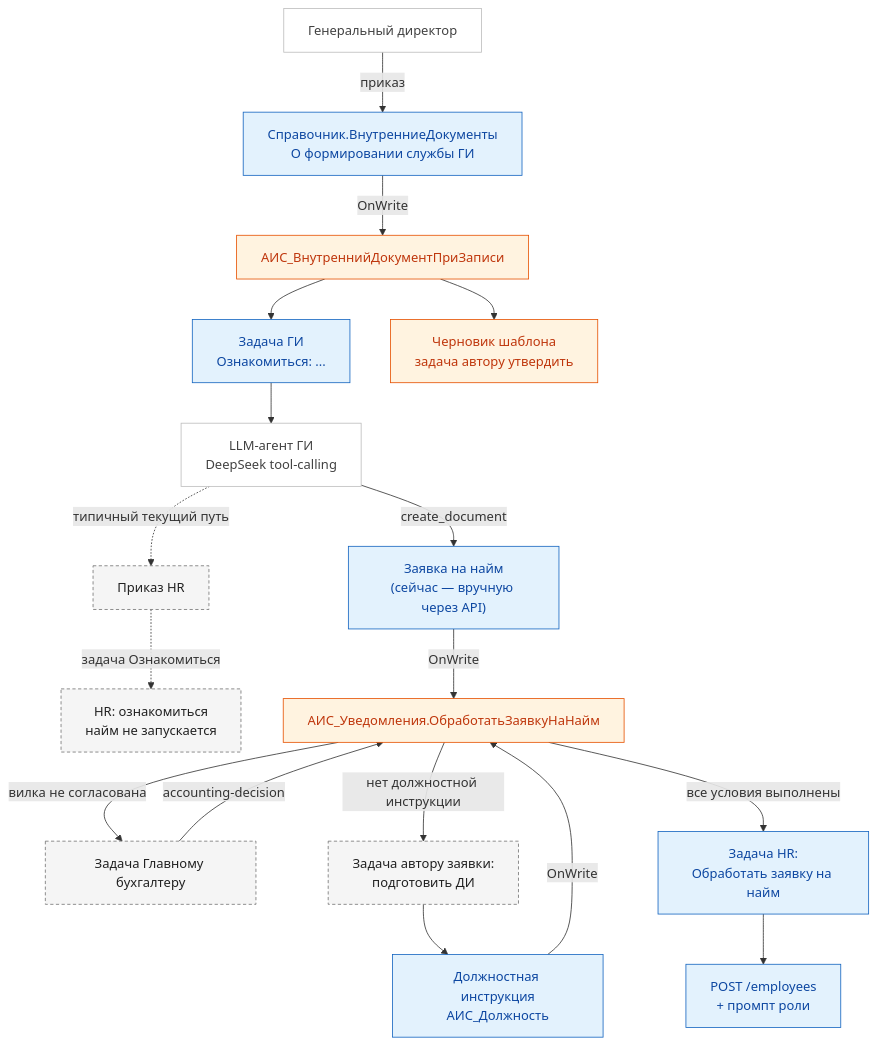
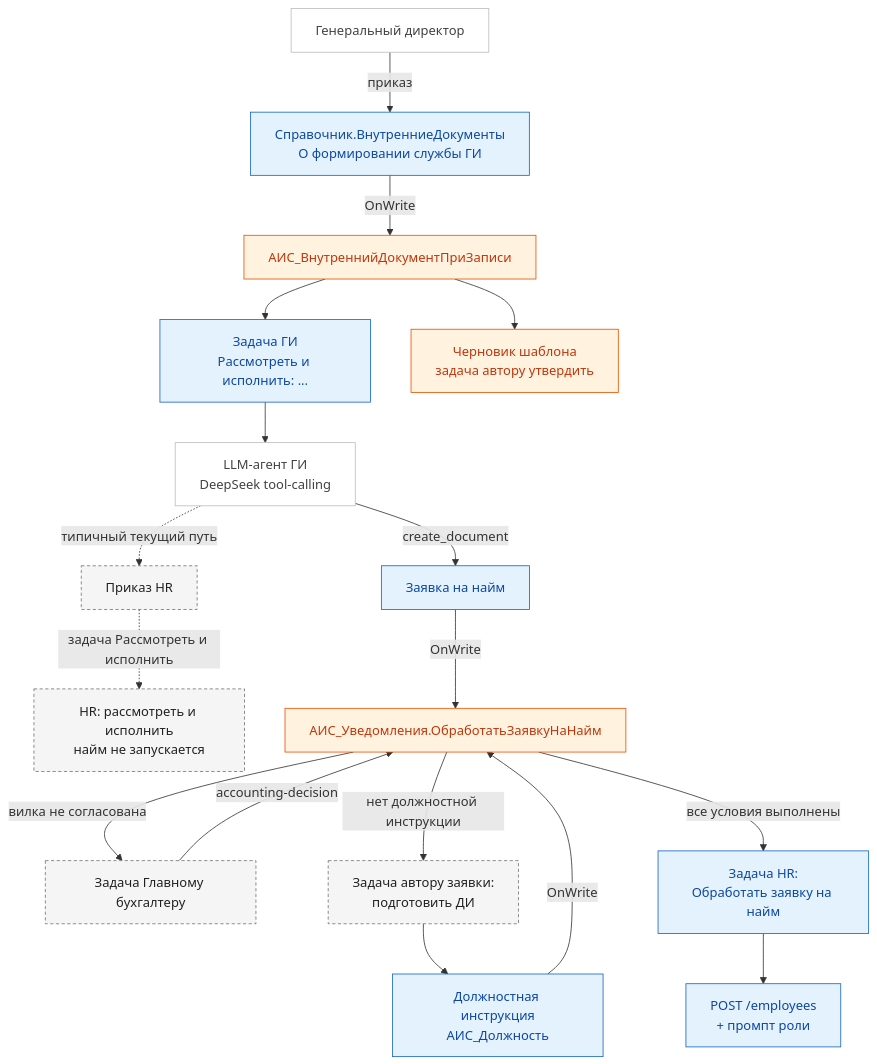
One commit to igorvolk1961/ai_scrivener changed diagram 17 of 17 in docs/process-diagrams.md. Above: the diagram before and after it, drawn with Mermaid. The commit also changed other lines of this file and 6 other files, not shown here.

````diff
--- a/docs/process-diagrams.md
+++ b/docs/process-diagrams.md
@@ -753,28 +753,28 @@
 ```mermaid
 flowchart TD
   CEO["Генеральный директор"] -->|"приказ"| DOC["Справочник.ВнутренниеДокументы<br/>О формировании службы ГИ"]
   DOC -->|"OnWrite"| SUB["АИС_ВнутреннийДокументПриЗаписи"]
-  SUB --> TASK["Задача ГИ<br/>Ознакомиться: ..."]
+  SUB --> TASK["Задача ГИ<br/>Рассмотреть и исполнить: ..."]
   SUB --> TPL["Черновик шаблона<br/>задача автору утвердить"]
   TASK --> AGENT["LLM-агент ГИ<br/>DeepSeek tool-calling"]
-  AGENT -->|"create_document"| REQ["Заявка на найм<br/>(сейчас — вручную через API)"]
+  AGENT -->|"create_document"| REQ["Заявка на найм"]
   AGENT -.->|"типичный текущий путь"| ORDER["Приказ HR"]
-  ORDER -.->|"задача Ознакомиться"| HRNOTE["HR: ознакомиться<br/>найм не запускается"]
+  ORDER -.->|"задача Рассмотреть и исполнить"| HRNOTE["HR: рассмотреть и исполнить<br/>найм не запускается"]
   REQ -->|"OnWrite"| GATE["АИС_Уведомления.ОбработатьЗаявкуНаНайм"]
   GATE -->|"вилка не согласована"| ACC["Задача Главному бухгалтеру"]
   ACC -->|"accounting-decision"| GATE
   GATE -->|"нет должностной инструкции"| DUTY["Задача автору заявки:<br/>подготовить ДИ"]
   DUTY --> DI["Должностная инструкция<br/>АИС_Должность"]
   DI -->|"OnWrite"| GATE
   GATE -->|"все условия выполнены"| HR["Задача HR:<br/>Обработать заявку на найм"]
   HR --> HIRE["POST /employees<br/>+ промпт роли"]
 
   classDef base fill:#E3F2FD,stroke:#1565C0,color:#0D47A1
   classDef ext fill:#FFF3E0,stroke:#E65100,color:#BF360C
   classDef manual fill:#F5F5F5,stroke:#757575,color:#212121,stroke-dasharray: 4 3
   classDef actor fill:#FFFFFF,stroke:#BDBDBD,color:#424242
   class CEO,AGENT actor
   class DOC,TASK,REQ,DI,HR,HIRE base
   class SUB,GATE,TPL ext
   class ACC,DUTY,ORDER,HRNOTE manual
 ```
````
